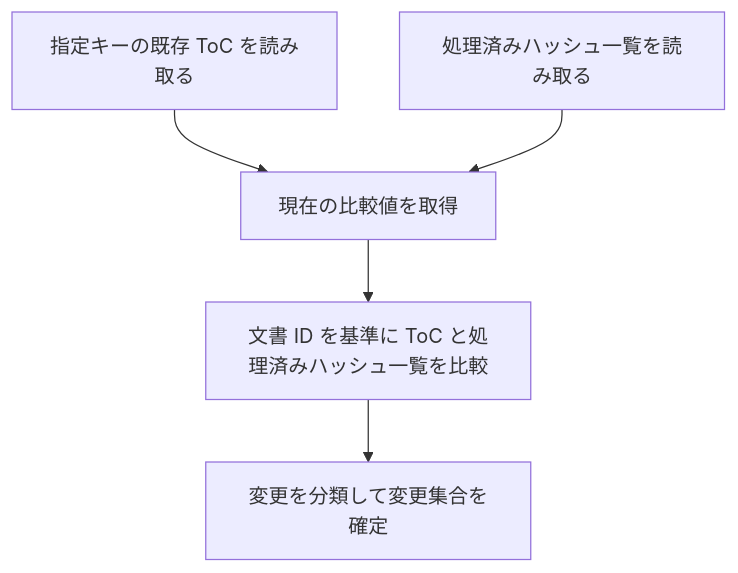
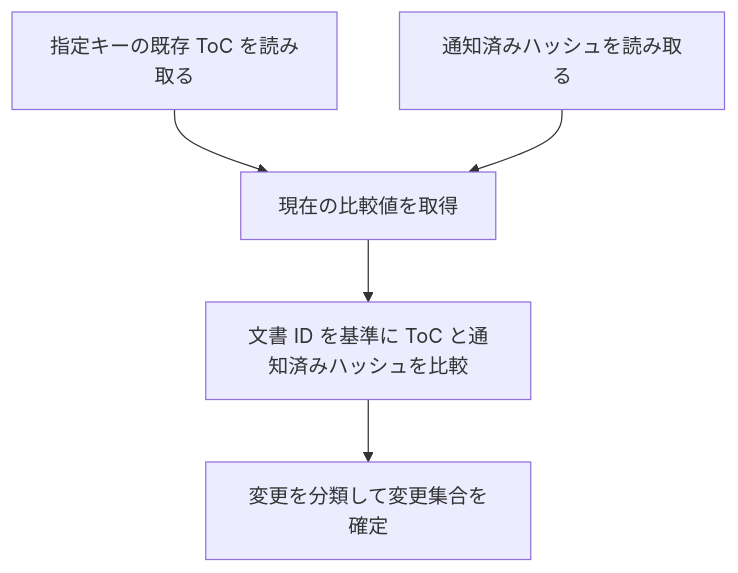
The first of 2 diagrams in docs/specs/requirement/REQ-003_toc.md (BlueEventHorizon/doc-link), drawn with Mermaid before and after one commit. The commit also changed other lines of this file and 23 other files, not shown here.

````diff
--- a/docs/specs/requirement/REQ-003_toc.md
+++ b/docs/specs/requirement/REQ-003_toc.md
@@ -215,13 +215,13 @@
 ```mermaid
 flowchart TB
     T[指定キーの既存 ToC を読み取る]
-    H[処理済みハッシュ一覧を読み取る]
+    H[通知済みハッシュを読み取る]
     C[現在の比較値を取得]
-    X[文書 ID を基準に ToC と処理済みハッシュ一覧を比較]
+    X[文書 ID を基準に ToC と通知済みハッシュを比較]
     S[変更を分類して変更集合を確定]
 
     T --> C
     H --> C
     C --> X
     X --> S
 ```
````
